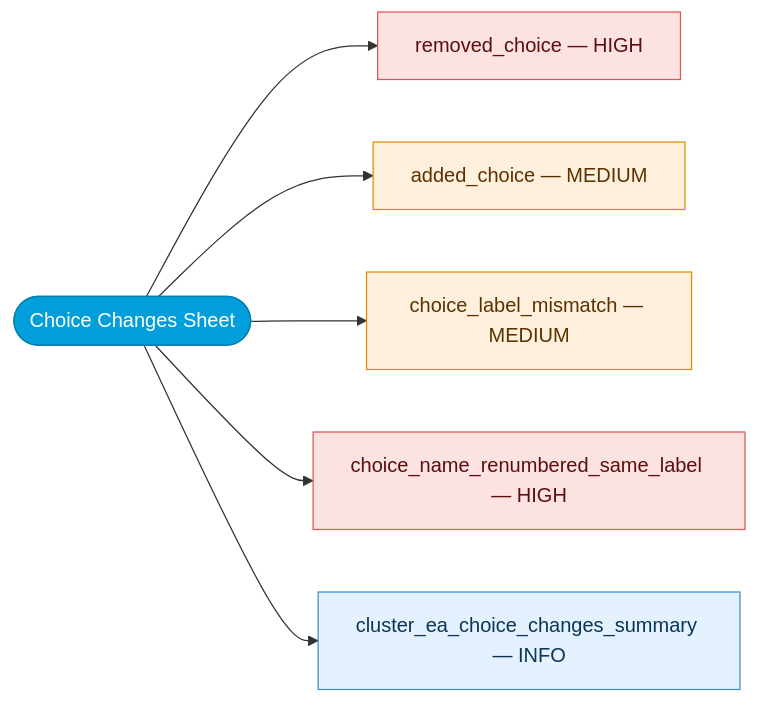
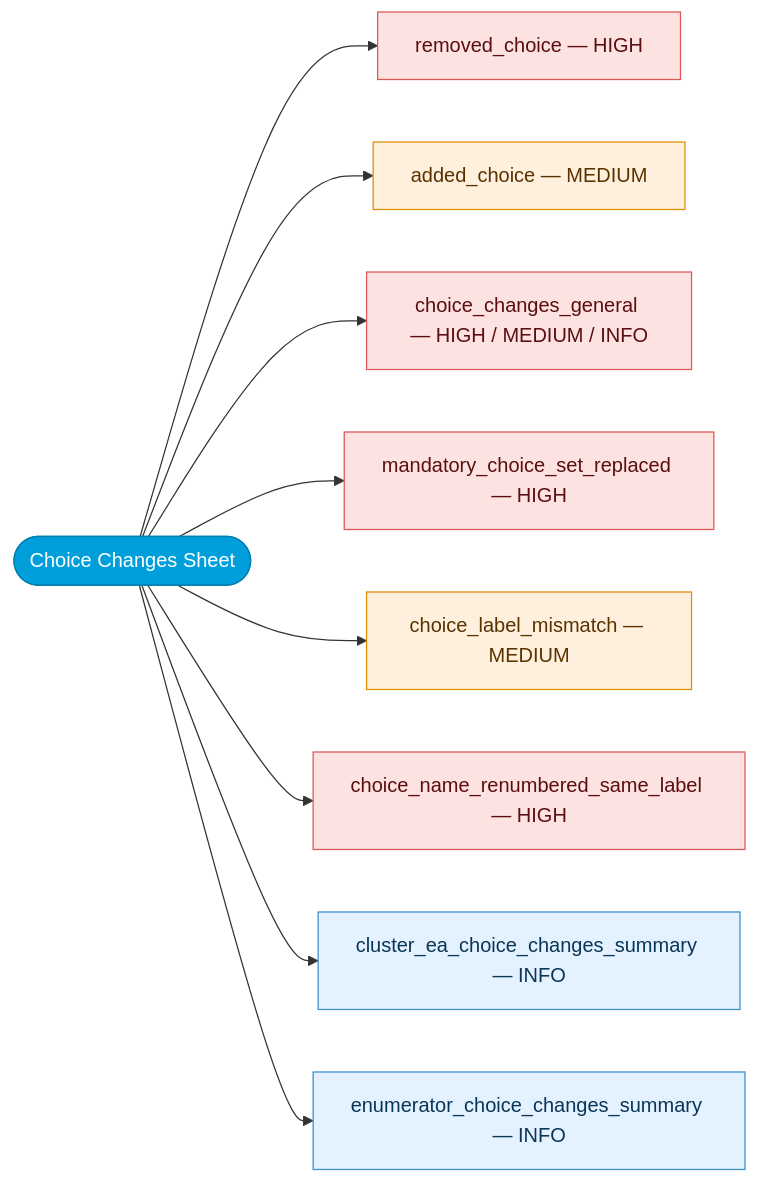
One commit to edoardoforzano1/DIEM_Questionnaire_Validation changed the tenth of 10 diagrams in docs/workflow/kobo-logic.md. Above: the diagram before and after it, drawn with Mermaid. The commit also changed other lines of this file and 5 other files, not shown here.

````diff
--- a/docs/workflow/kobo-logic.md
+++ b/docs/workflow/kobo-logic.md
@@ -600,16 +670,22 @@
 ```mermaid
 flowchart LR
     C(["Choice Changes Sheet"])
     C --> A["removed_choice — HIGH"]
     C --> B["added_choice — MEDIUM"]
+    C --> G["choice_changes_general — HIGH / MEDIUM / INFO"]
+    C --> H["mandatory_choice_set_replaced — HIGH"]
     C --> D["choice_label_mismatch — MEDIUM"]
     C --> F["choice_name_renumbered_same_label — HIGH"]
     C --> E["cluster_ea_choice_changes_summary — INFO"]
+    C --> I["enumerator_choice_changes_summary — INFO"]
 
     style C fill:#009edb,stroke:#007eaf,color:#fff
     style A fill:#fde2e2,stroke:#e05555,color:#5a0e0e
     style B fill:#fff0de,stroke:#e08c00,color:#5a3200
+    style G fill:#fde2e2,stroke:#e05555,color:#5a0e0e
+    style H fill:#fde2e2,stroke:#e05555,color:#5a0e0e
     style D fill:#fff0de,stroke:#e08c00,color:#5a3200
     style F fill:#fde2e2,stroke:#e05555,color:#5a0e0e
     style E fill:#e4f1ff,stroke:#3a8ec9,color:#0a3557
+    style I fill:#e4f1ff,stroke:#3a8ec9,color:#0a3557
 ```
````
